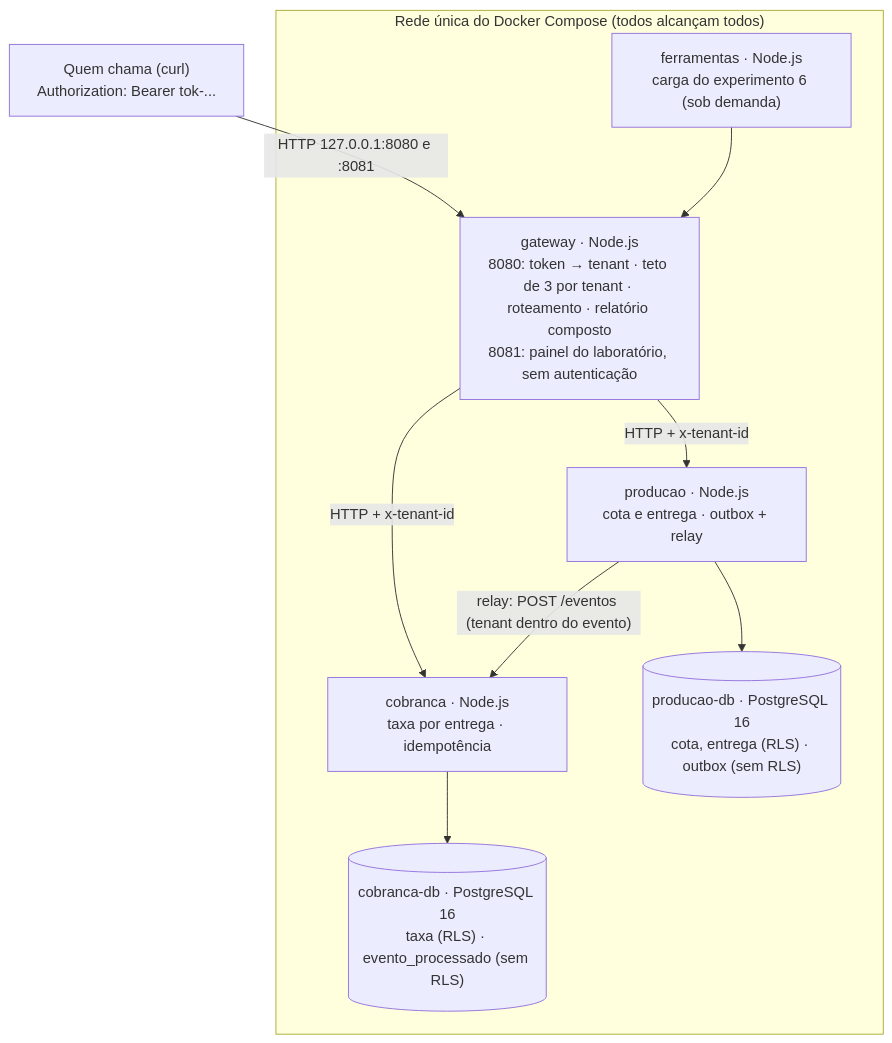
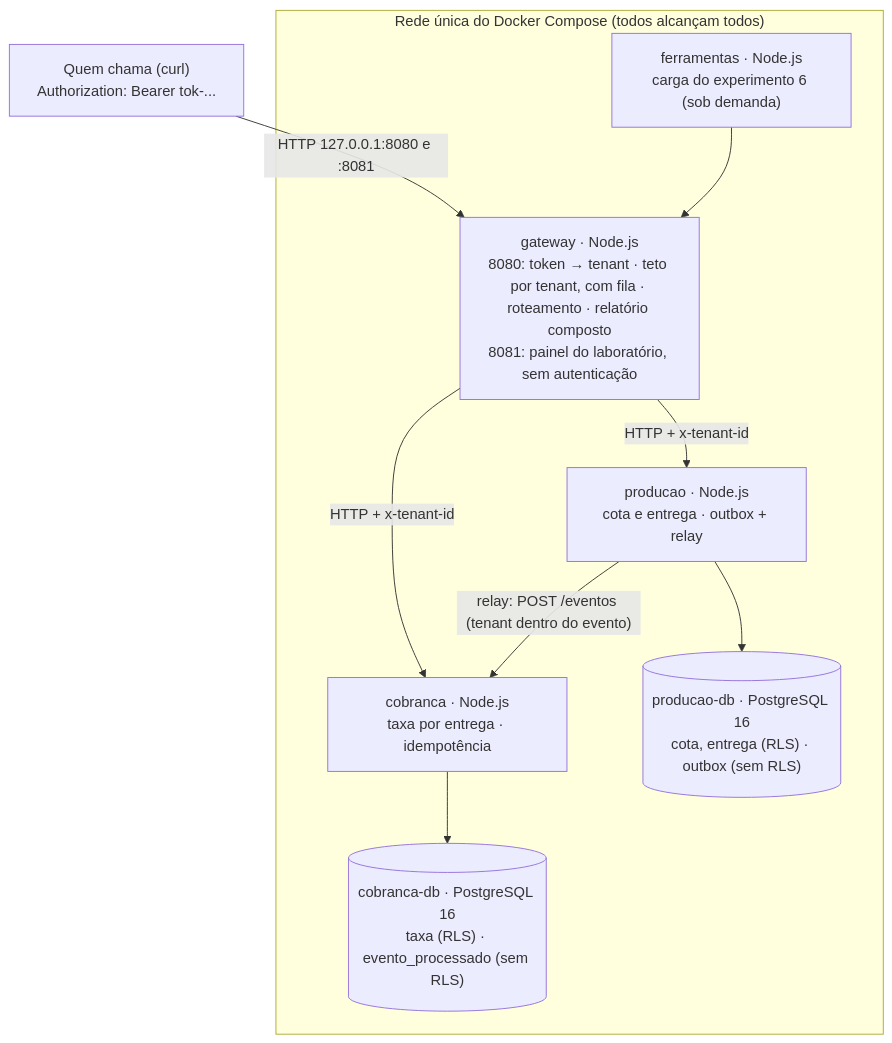
One commit to setrem-ec/saas-campo-conta changed the second of 3 diagrams in docs/c4.md. Above: the diagram before and after it, drawn with Mermaid. The commit also changed other lines of this file and 10 other files, not shown here.

Commit message:
docs: ADR 012 (fila com teto, substitui o 008), evidência da medição e documentos

````diff
--- a/docs/c4.md
+++ b/docs/c4.md
@@ -40,19 +40,19 @@
 ```mermaid
 flowchart TB
     cli["Quem chama (curl)<br/>Authorization: Bearer tok-..."]
     subgraph rede["Rede única do Docker Compose (todos alcançam todos)"]
-        gw["gateway · Node.js<br/>8080: token → tenant · teto de 3 por tenant · roteamento · relatório composto<br/>8081: painel do laboratório, sem autenticação"]
+        gw["gateway · Node.js<br/>8080: token → tenant · teto por tenant, com fila · roteamento · relatório composto<br/>8081: painel do laboratório, sem autenticação"]
         pr["producao · Node.js<br/>cota e entrega · outbox + relay"]
         co["cobranca · Node.js<br/>taxa por entrega · idempotência"]
         pdb[("producao-db · PostgreSQL 16<br/>cota, entrega (RLS) · outbox (sem RLS)")]
         cdb[("cobranca-db · PostgreSQL 16<br/>taxa (RLS) · evento_processado (sem RLS)")]
         fe["ferramentas · Node.js<br/>carga do experimento 6 (sob demanda)"]
     end
     cli -- "HTTP 127.0.0.1:8080 e :8081" --> gw
     gw -- "HTTP + x-tenant-id" --> pr
     gw -- "HTTP + x-tenant-id" --> co
     pr -- "relay: POST /eventos (tenant dentro do evento)" --> co
     pr --> pdb
     co --> cdb
     fe --> gw
 ```
````
